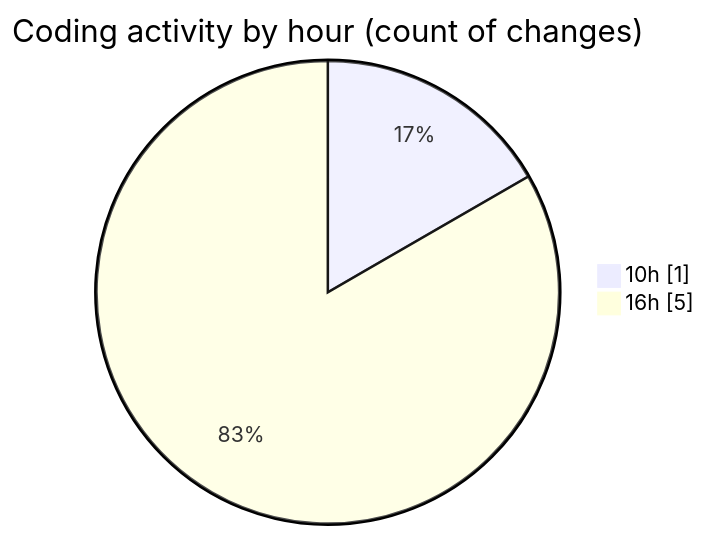
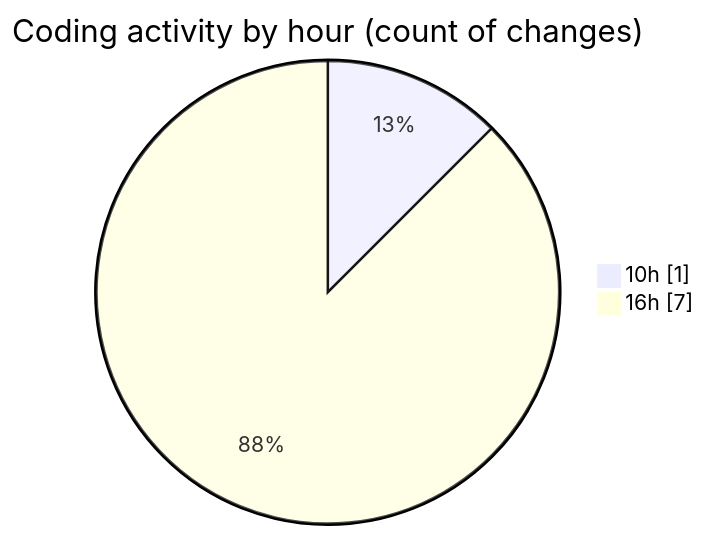
The second of 2 diagrams in 2025-11-12/cdp_aleoudev_fr__workspace_/README.md (julien-gomy/code-tracking), drawn with Mermaid before and after one commit. The commit also changed other lines of this file and 1 other file, not shown here.

````diff
--- a/2025-11-12/cdp_aleoudev_fr__workspace_/README.md
+++ b/2025-11-12/cdp_aleoudev_fr__workspace_/README.md
@@ -30,6 +30,6 @@
 ```mermaid
 pie showData
 title Coding activity by hour (count of changes)
 "10h" : 1
-"16h" : 5
+"16h" : 7
 ```
````
